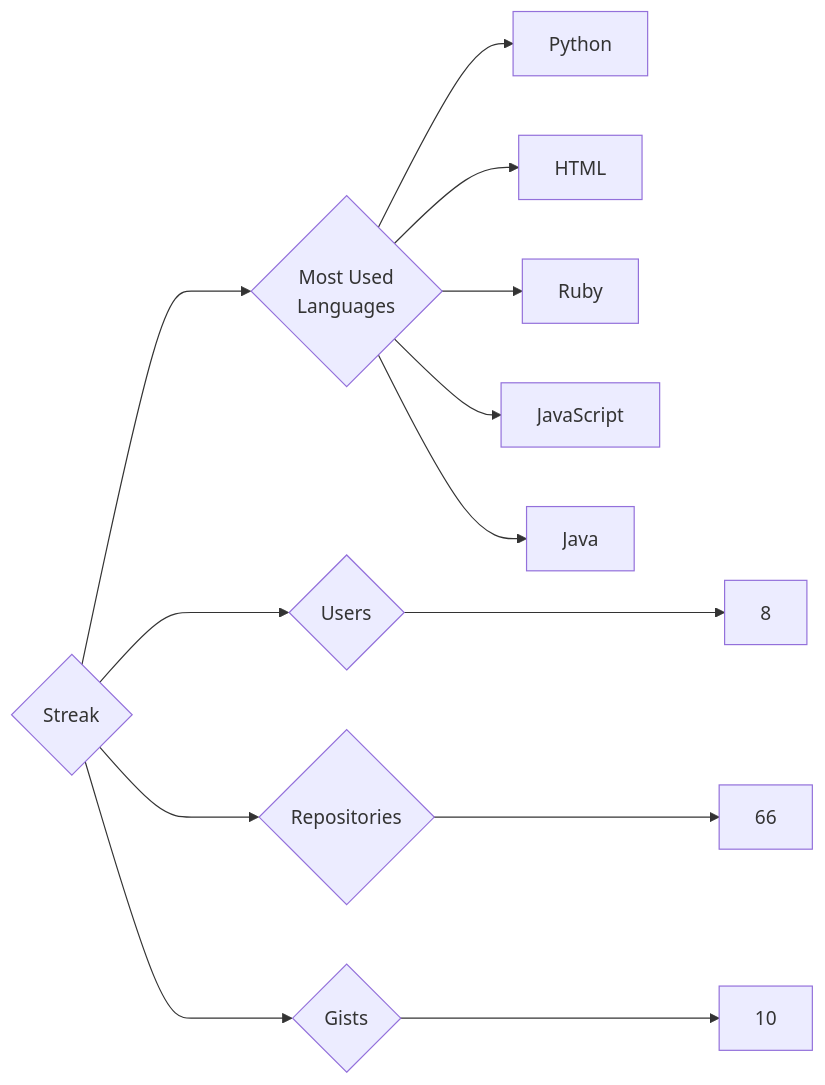
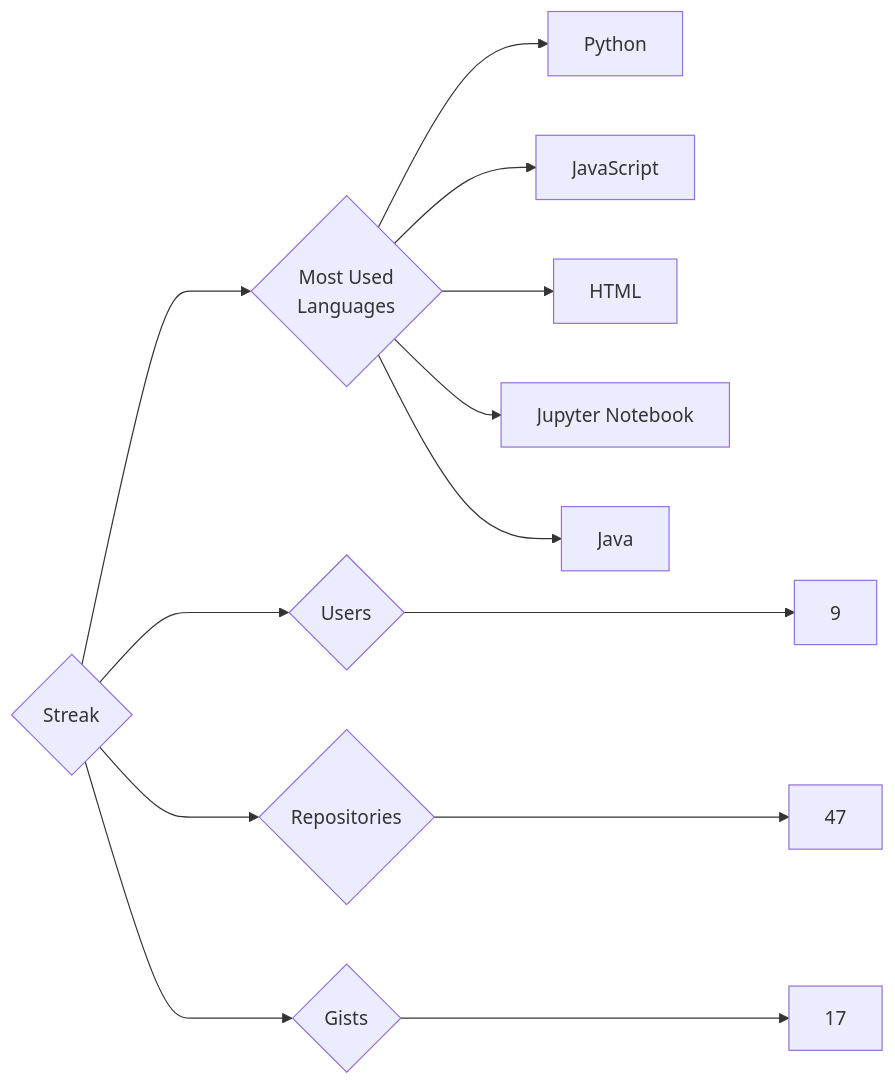
The diagram in targets/Streak/README.md (trickest/insiders), drawn with Mermaid before and after one commit. The commit also changed 903 other files, not shown here.

````diff
--- a/targets/Streak/README.md
+++ b/targets/Streak/README.md
@@ -3,13 +3,13 @@
 ```mermaid
 graph LR
 COMPANY_NAME{Streak}
-COMPANY_NAME ---> U{Users} ---> UN[8]
-COMPANY_NAME ---> R{Repositories} ---> RN[66]
-COMPANY_NAME ---> G{Gists} ---> GN[10]
+COMPANY_NAME ---> U{Users} ---> UN[9]
+COMPANY_NAME ---> R{Repositories} ---> RN[47]
+COMPANY_NAME ---> G{Gists} ---> GN[17]
 COMPANY_NAME ---> ML{Most Used<br>Languages}
 ML --> Python[Python]
+ML --> JavaScript[JavaScript]
 ML --> HTML[HTML]
-ML --> Ruby[Ruby]
-ML --> JavaScript[JavaScript]
+ML --> Jupyter_Notebook[Jupyter Notebook]
 ML --> Java[Java]
 ```
````
